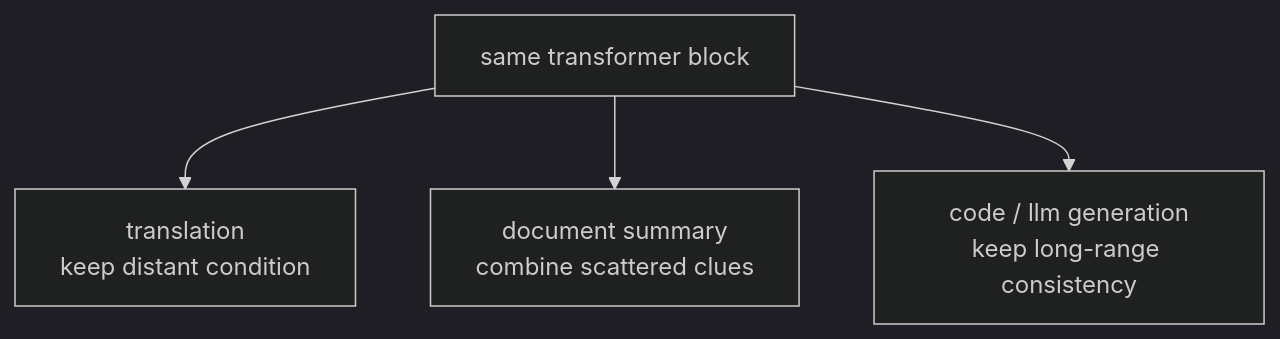
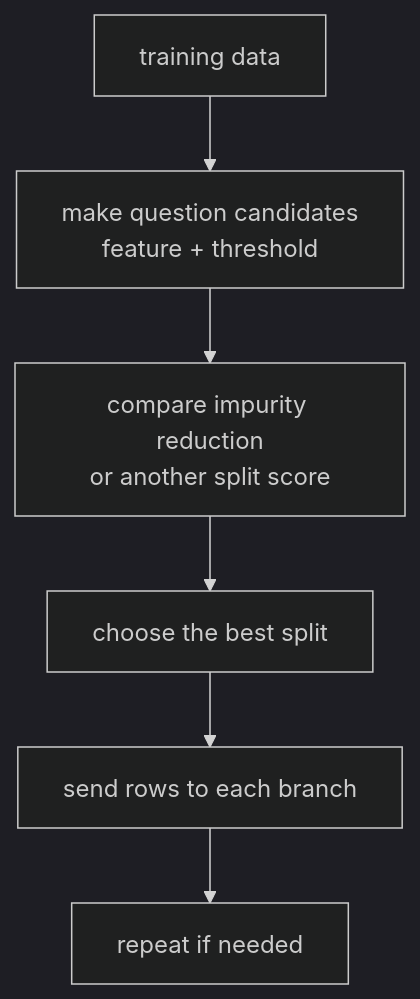
One commit to devchan64/AiBook changed the second of 2 diagrams in docs/parts/part-04/chapter-14/section-01.md. Above: the diagram before and after it, drawn with Mermaid (dark theme). The commit also changed other lines of this file and 213 other files, not shown here.

````diff
--- a/docs/parts/part-04/chapter-14/section-01.md
+++ b/docs/parts/part-04/chapter-14/section-01.md
@@ -202,11 +205,11 @@
 ```mermaid
 flowchart TD
-  A["same transformer block"]
-  B["translation<br/>keep distant condition"]
-  C["document summary<br/>combine scattered clues"]
-  D["code / llm generation<br/>keep long-range consistency"]
+  A["training data"]
+  B["make question candidates<br/>feature + threshold"]
+  C["compare impurity reduction<br/>or another split score"]
+  D["choose the best split"]
+  E["send rows to each branch"]
+  F["repeat if needed"]
 
-  A --> B
-  A --> C
-  A --> D
+  A --> B --> C --> D --> E --> F
 ```
````
